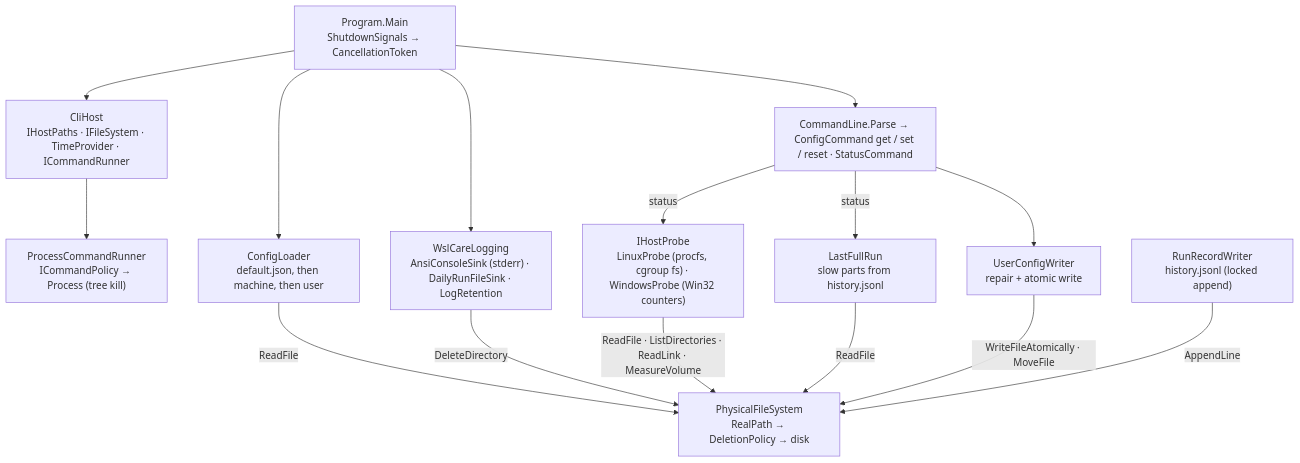
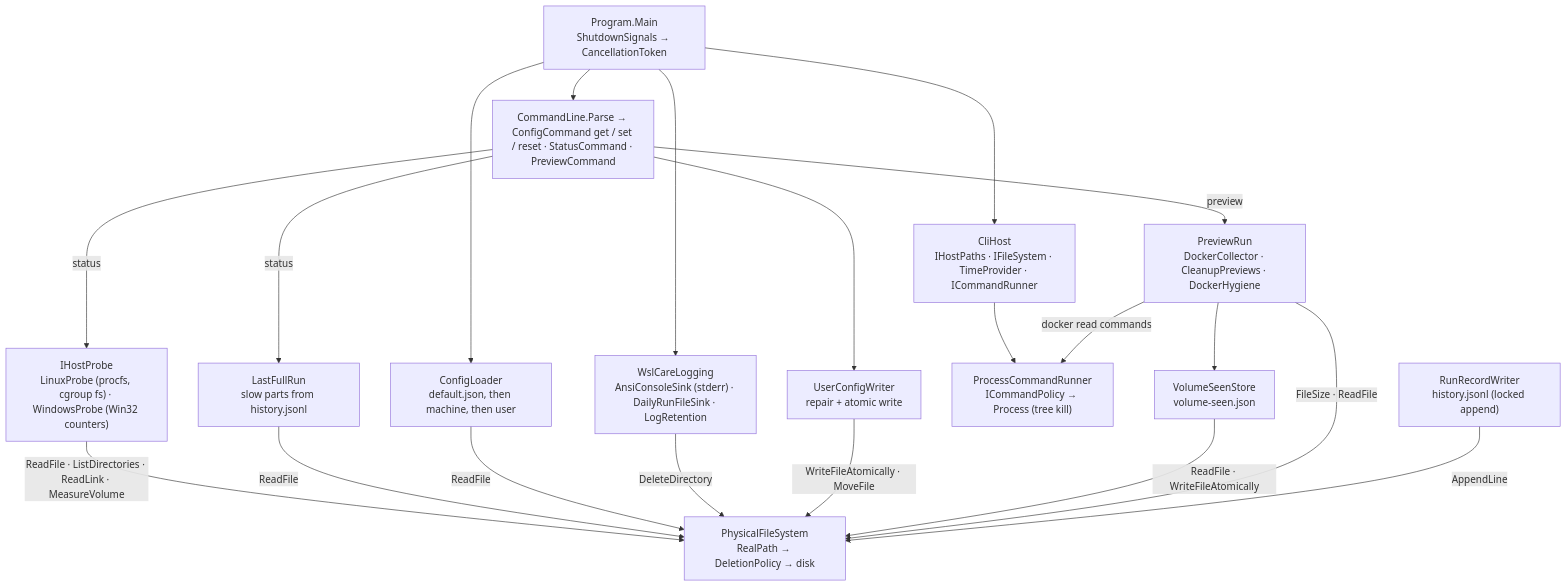
One commit to oleksandrdubyna88/wsl_care changed the fifth of 6 diagrams in research/architecture.md. Above: the diagram before and after it, drawn with Mermaid. The commit also changed other lines of this file and 70 other files, not shown here.

````diff
--- a/research/architecture.md
+++ b/research/architecture.md
@@ -317,29 +455,36 @@
 ```mermaid
 flowchart TB
     main["Program.Main<br/>ShutdownSignals → CancellationToken"]
     host["CliHost<br/>IHostPaths · IFileSystem · TimeProvider · ICommandRunner"]
     loader["ConfigLoader<br/>default.json, then machine, then user"]
     logging["WslCareLogging<br/>AnsiConsoleSink (stderr) · DailyRunFileSink · LogRetention"]
-    verbs["CommandLine.Parse → ConfigCommand get / set / reset · StatusCommand"]
+    verbs["CommandLine.Parse → ConfigCommand get / set / reset · StatusCommand · PreviewCommand"]
     probe["IHostProbe<br/>LinuxProbe (procfs, cgroup fs) · WindowsProbe (Win32 counters)"]
     history["LastFullRun<br/>slow parts from history.jsonl"]
     writer["UserConfigWriter<br/>repair + atomic write"]
     fs["PhysicalFileSystem<br/>RealPath → DeletionPolicy → disk"]
     runner["ProcessCommandRunner<br/>ICommandPolicy → Process (tree kill)"]
     records["RunRecordWriter<br/>history.jsonl (locked append)"]
 
     main --> host
     main --> loader
     main --> logging
     main --> verbs
     verbs -->|status| probe
     verbs -->|status| history
     probe -->|ReadFile · ListDirectories · ReadLink · MeasureVolume| fs
     history -->|ReadFile| fs
     loader -->|ReadFile| fs
     logging -->|DeleteDirectory| fs
     verbs --> writer
     writer -->|WriteFileAtomically · MoveFile| fs
     host --> runner
+    preview["PreviewRun<br/>DockerCollector · CleanupPreviews · DockerHygiene"]
+    seen["VolumeSeenStore<br/>volume-seen.json"]
+    verbs -->|preview| preview
+    preview -->|docker read commands| runner
+    preview --> seen
+    seen -->|ReadFile · WriteFileAtomically| fs
+    preview -->|FileSize · ReadFile| fs
     records -->|AppendLine| fs
 ```
````
